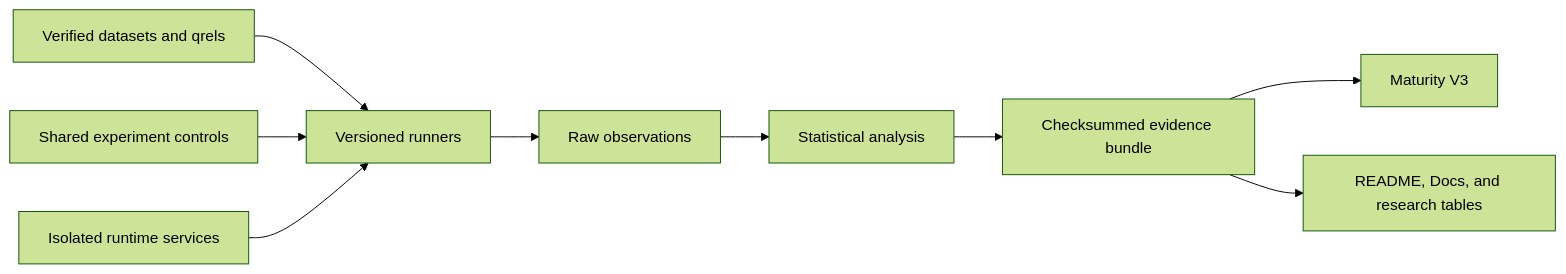
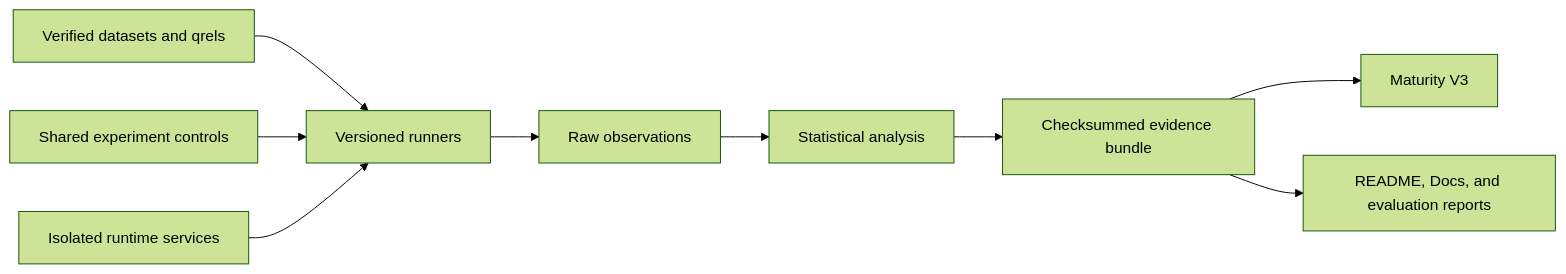
One commit to imsouza/berrybrain changed the diagram in docs/architecture.md. Above: the diagram before and after it, drawn with Mermaid (forest theme). The commit also changed other lines of this file and 1718 other files, not shown here.

````diff
--- a/docs/architecture.md
+++ b/docs/architecture.md
@@ -135,11 +190,11 @@
 ```mermaid
 flowchart LR
   D[Verified datasets and qrels] --> R[Versioned runners]
   C[Shared experiment controls] --> R
   S[Isolated runtime services] --> R
   R --> O[Raw observations]
   O --> A[Statistical analysis]
   A --> E[Checksummed evidence bundle]
   E --> M[Maturity V3]
-  E --> T[README, Docs, and research tables]
+  E --> T[README, Docs, and evaluation reports]
 ```
````
